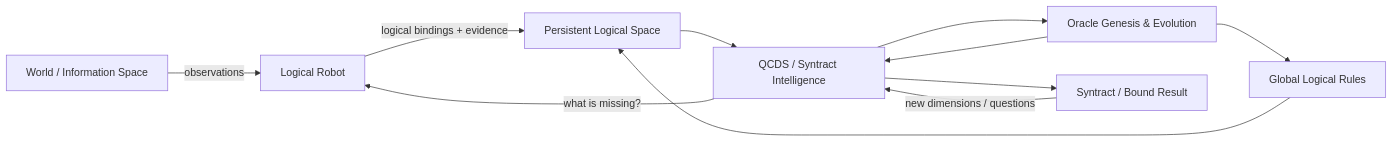
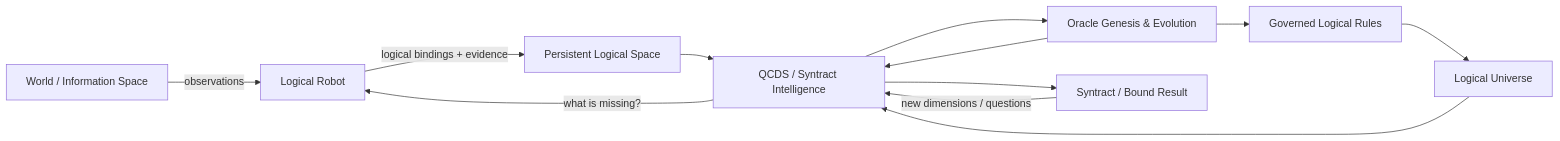
Before and after one commit to iampathat/thesyntractvision: the first of 4 diagrams in README.md, drawn with Mermaid. The commit also changed other lines of this file, not shown here.

Commit message:
BUILD 19: present logical universes in project README

````diff
--- a/README.md
+++ b/README.md
@@ -21,13 +21,14 @@
 ```mermaid
 flowchart LR
     W[World / Information Space] -->|observations| R[Logical Robot]
     R -->|logical bindings + evidence| L[Persistent Logical Space]
     L --> Q[QCDS / Syntract Intelligence]
     Q -->|what is missing?| R
     Q --> O[Oracle Genesis & Evolution]
     O --> Q
-    O --> T[Global Logical Rules]
-    T --> L
+    O --> T[Governed Logical Rules]
+    T --> U[Logical Universe]
+    U --> Q
     Q --> S[Syntract / Bound Result]
     S -->|new dimensions / questions| Q
 ```
````
